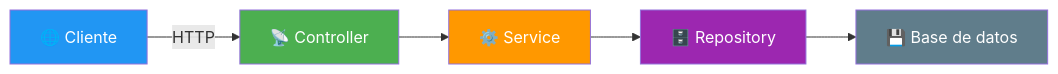
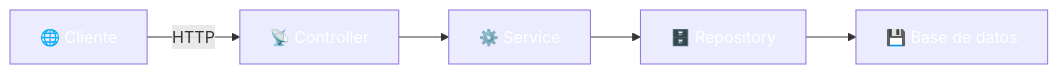
Before and after one commit to joseluisgs/DesarrolloWebEntornosServidor-02-2026-2027: the fifth of 7 diagrams in 01-conceptos-servicios.md, drawn with Mermaid. The commit also changed other lines of this file and 41 other files, not shown here.

````diff
--- a/01-conceptos-servicios.md
+++ b/01-conceptos-servicios.md
@@ -288,12 +288,12 @@
 ```mermaid
 flowchart LR
     A["🌐 Cliente"] -->|HTTP| B["📡 Controller"]
     B --> C["⚙️ Service"]
     C --> D["🗄️ Repository"]
     D --> E["💾 Base de datos"]
-    style A fill:#2196F3,color:#fff
-    style B fill:#4CAF50,color:#fff
-    style C fill:#FF9800,color:#fff
-    style D fill:#9C27B0,color:#fff
-    style E fill:#607D8B,color:#fff
+    style A fill:#2196F,color:#fff3,color:#fff
+    style B fill:#4CAF5,color:#fff0,color:#fff
+    style C fill:#FF980,color:#fff0,color:#fff
+    style D fill:#9C27B,color:#fff0,color:#fff
+    style E fill:#607D8,color:#fffB,color:#fff
 ```
````
